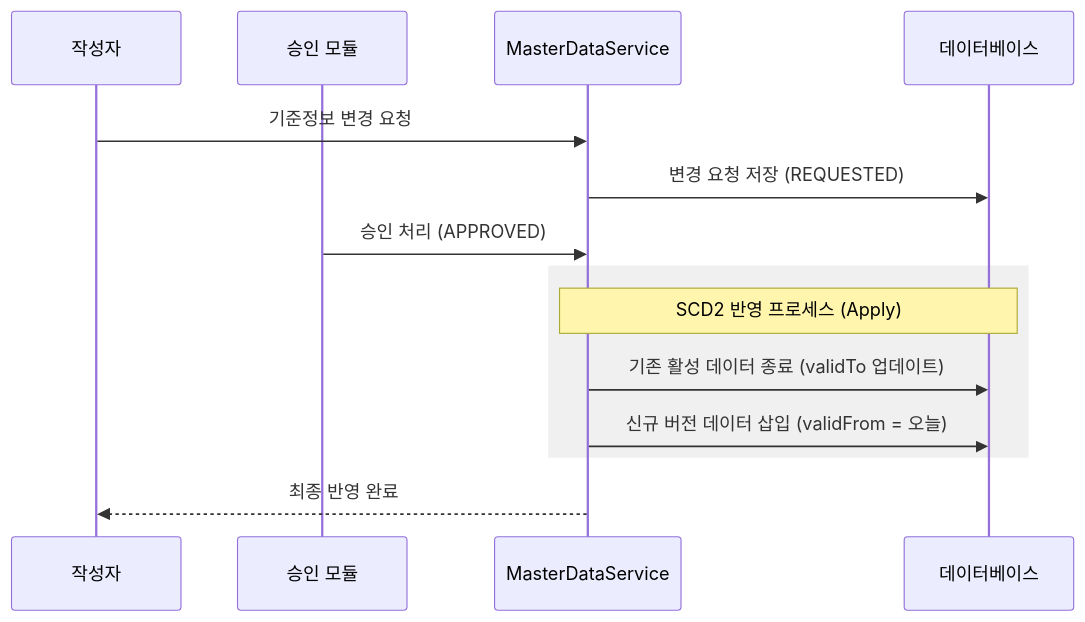
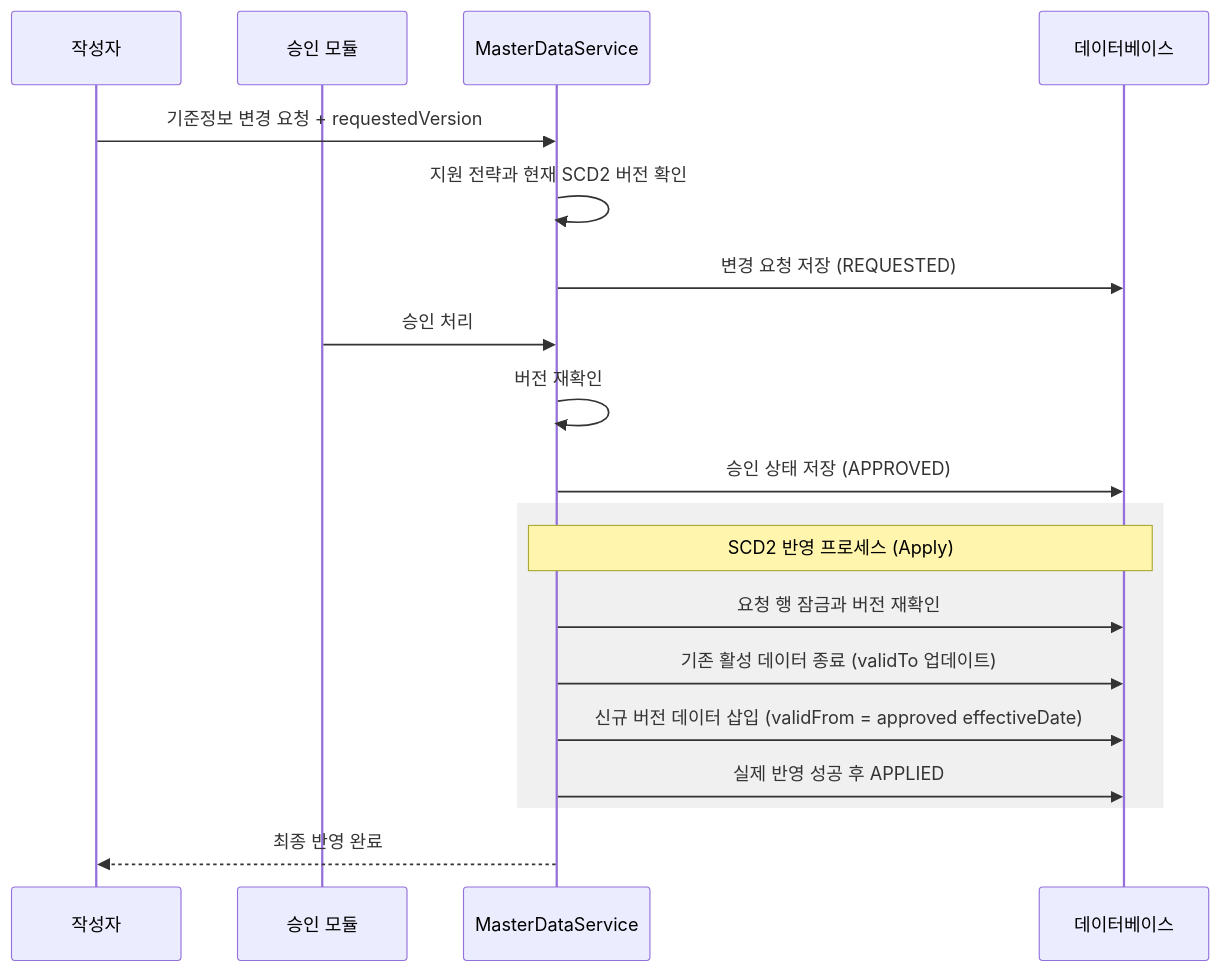
The first of 3 diagrams in master-data/README.md (skyg547/account), drawn with Mermaid before and after one commit. The commit also changed other lines of this file and 61 other files, not shown here.

````diff
--- a/master-data/README.md
+++ b/master-data/README.md
@@ -22,19 +22,24 @@
 ```mermaid
 sequenceDiagram
     participant Requester as 작성자
     participant Governance as 승인 모듈
     participant Master as MasterDataService
     participant DB as 데이터베이스
 
-    Requester->>Master: 기준정보 변경 요청
+    Requester->>Master: 기준정보 변경 요청 + requestedVersion
+    Master->>Master: 지원 전략과 현재 SCD2 버전 확인
     Master->>DB: 변경 요청 저장 (REQUESTED)
-    Governance->>Master: 승인 처리 (APPROVED)
-    
+    Governance->>Master: 승인 처리
+    Master->>Master: 버전 재확인
+    Master->>DB: 승인 상태 저장 (APPROVED)
+
     rect rgb(240, 240, 240)
         Note over Master, DB: SCD2 반영 프로세스 (Apply)
+        Master->>DB: 요청 행 잠금과 버전 재확인
         Master->>DB: 기존 활성 데이터 종료 (validTo 업데이트)
-        Master->>DB: 신규 버전 데이터 삽입 (validFrom = 오늘)
+        Master->>DB: 신규 버전 데이터 삽입 (validFrom = approved effectiveDate)
+        Master->>DB: 실제 반영 성공 후 APPLIED
     end
-    
+
     Master-->>Requester: 최종 반영 완료
 ```
````
